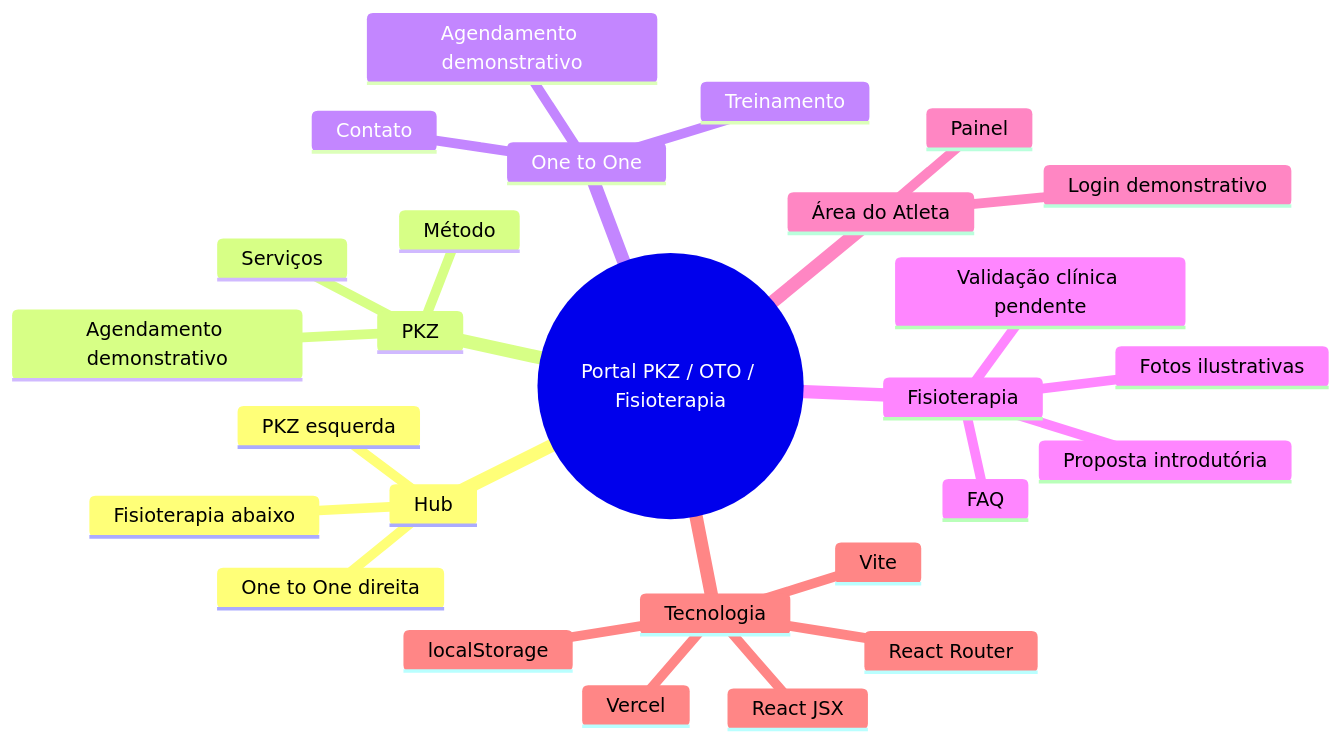
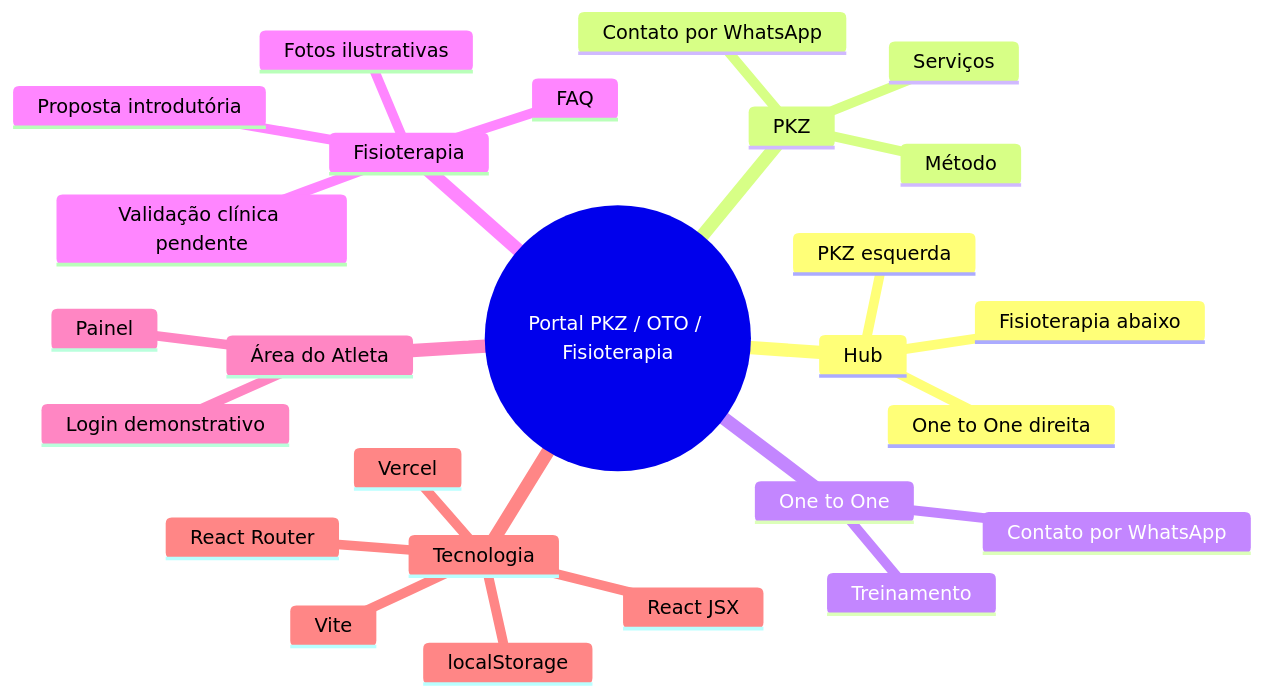
Before and after one commit to gugasaraivasilva-ai/PFE-2026-2-AP2-Grupo3-sexta-react-sem-agendamento: the diagram in docs/mindmaps/mindmap-react.mmd, drawn with Mermaid. The commit also changed 29 other files, not shown here.

```diff
--- a/docs/mindmaps/mindmap-react.mmd
+++ b/docs/mindmaps/mindmap-react.mmd
@@ -1,28 +1,27 @@
 mindmap
  root((Portal PKZ / OTO / Fisioterapia))
   Hub
    PKZ esquerda
    One to One direita
    Fisioterapia abaixo
   PKZ
    Método
    Serviços
-   Agendamento demonstrativo
+   Contato por WhatsApp
   One to One
    Treinamento
-   Contato
-   Agendamento demonstrativo
+   Contato por WhatsApp
   Fisioterapia
    Proposta introdutória
    Fotos ilustrativas
    FAQ
    Validação clínica pendente
   Área do Atleta
    Login demonstrativo
    Painel
   Tecnologia
    React JSX
    React Router
    Vite
    Vercel
    localStorage
```
